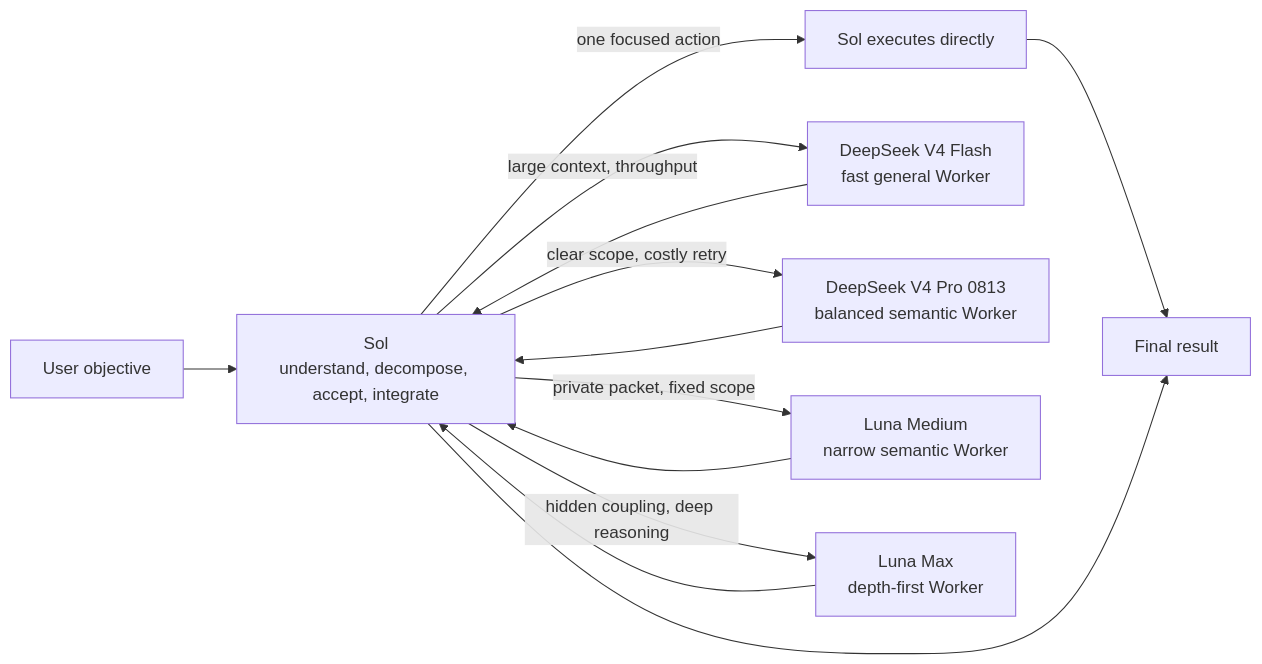
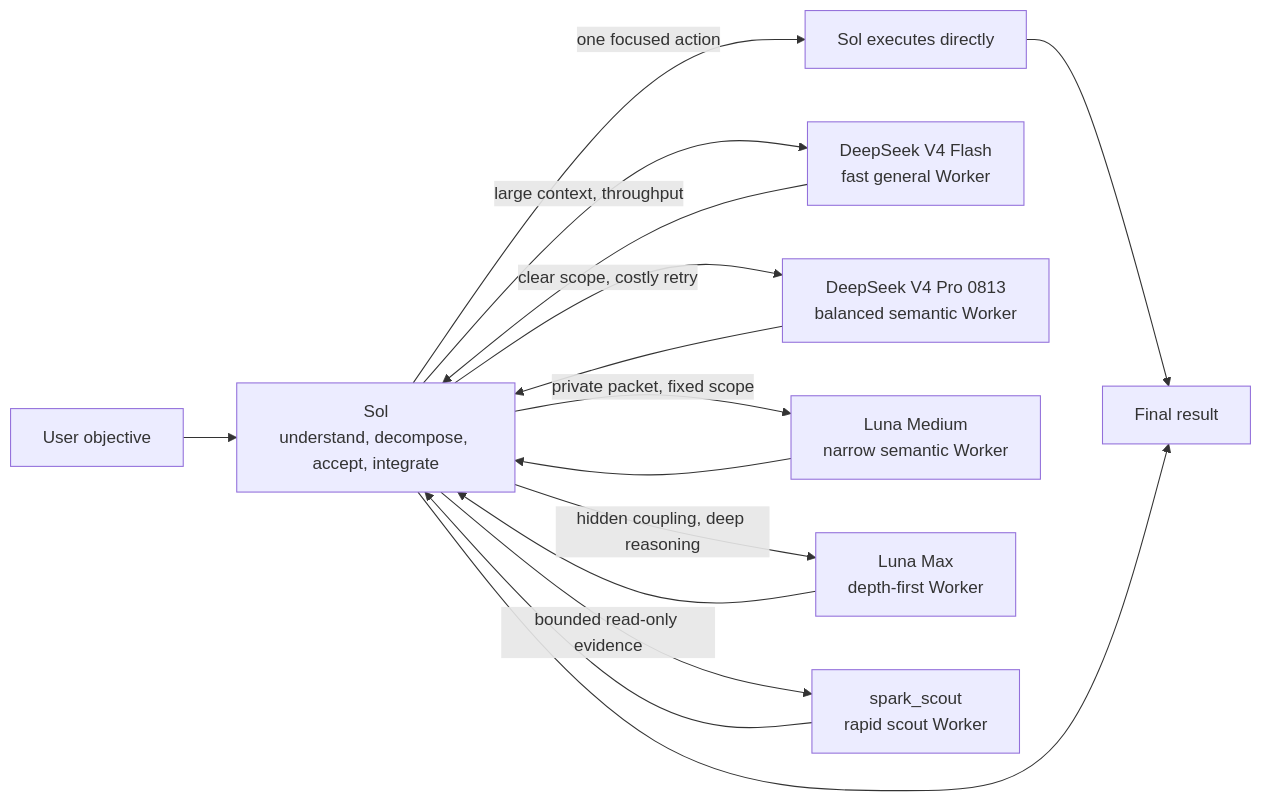
Before and after one commit to liuyejinghong/sol-worker-routing-codex: the diagram in README.en.md, drawn with Mermaid. The commit also changed other lines of this file and 9 other files, not shown here.

````diff
--- a/README.en.md
+++ b/README.en.md
@@ -61,15 +62,17 @@
 ```mermaid
 flowchart LR
     U["User objective"] --> S["Sol<br/>understand, decompose, accept, integrate"]
     S -->|"one focused action"| D["Sol executes directly"]
     S -->|"large context, throughput"| DS["DeepSeek V4 Flash<br/>fast general Worker"]
     S -->|"clear scope, costly retry"| DP["DeepSeek V4 Pro 0813<br/>balanced semantic Worker"]
     S -->|"private packet, fixed scope"| LM["Luna Medium<br/>narrow semantic Worker"]
     S -->|"hidden coupling, deep reasoning"| L["Luna Max<br/>depth-first Worker"]
+    S -->|"bounded read-only evidence"| SS["spark_scout<br/>rapid scout Worker"]
     D --> O["Final result"]
     DS --> S
     DP --> S
     LM --> S
     L --> S
+    SS --> S
     S --> O
 ```
````
